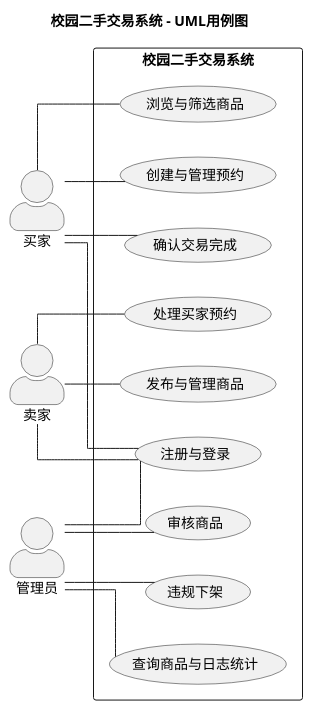
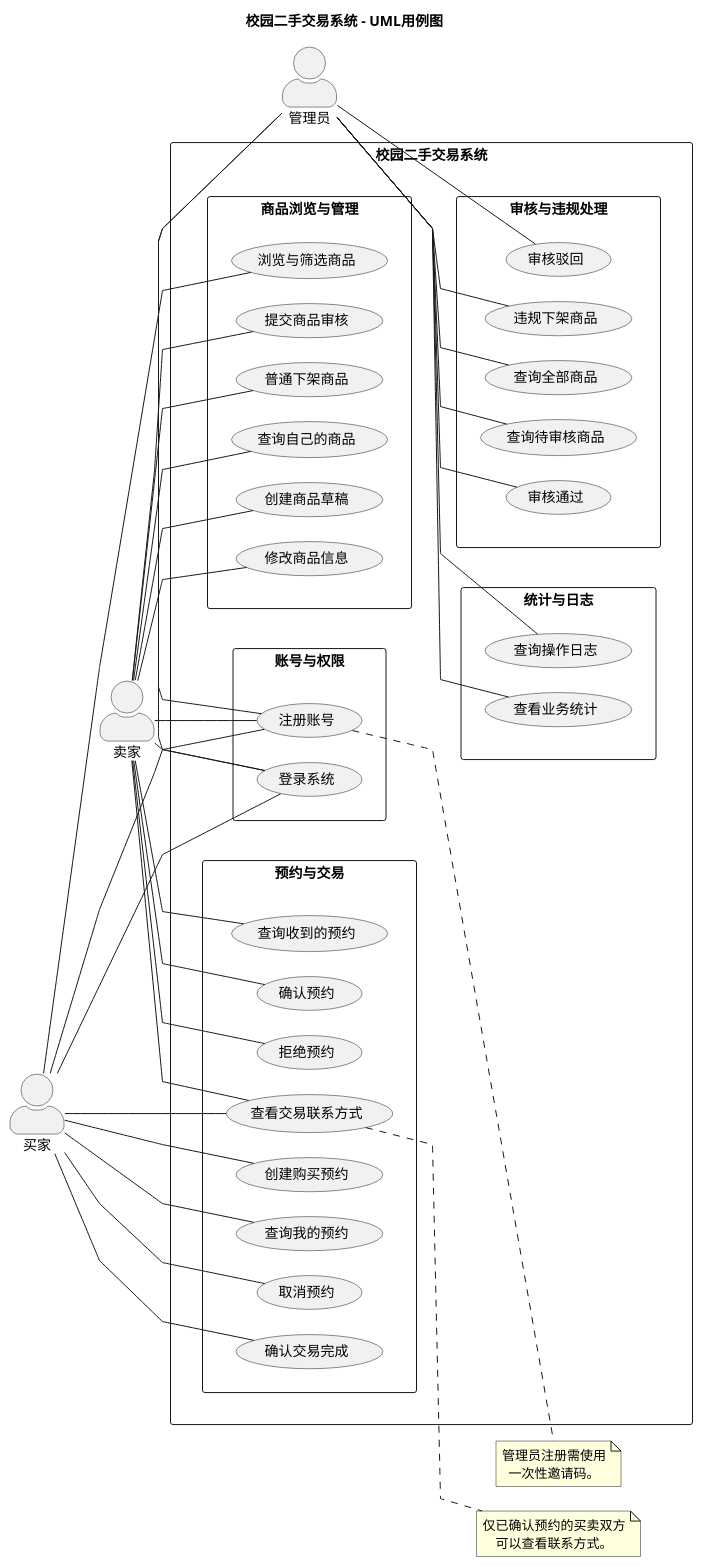
The diagram in 实验二/UML/UML用例图.puml (yry1030/software-engineering), drawn with PlantUML before and after one commit.

Commit message:
AI: generate initial use case diagram

```diff
--- a/实验二/UML/UML用例图.puml
+++ b/实验二/UML/UML用例图.puml
@@ -2,49 +2,124 @@
 @startuml
 title 校园二手交易系统 - UML用例图
 
 left to right direction
 
 skinparam shadowing false
+skinparam linetype polyline
+skinparam packageStyle rectangle
 skinparam actorStyle awesome
-skinparam linetype ortho
-skinparam nodesep 35
-skinparam ranksep 45
+skinparam nodesep 25
+skinparam ranksep 35
+skinparam defaultTextAlignment center
+
+' ========== 参与者 ==========
 
 actor "买家" as Buyer
 actor "卖家" as Seller
 actor "管理员" as Admin
 
+' ========== 系统边界 ==========
+
 rectangle "校园二手交易系统" {
 
-  usecase "注册与登录" as Login
+  rectangle "账号与权限" as AccountGroup {
+    usecase "注册账号" as UC_Register
+    usecase "登录系统" as UC_Login
+  }
 
-  usecase "浏览与筛选商品" as Browse
-  usecase "创建与管理预约" as BuyerReservation
-  usecase "确认交易完成" as Complete
+  rectangle "商品浏览与管理" as ProductGroup {
+    usecase "浏览与筛选商品" as UC_Browse
+    usecase "创建商品草稿" as UC_Create
+    usecase "修改商品信息" as UC_Edit
+    usecase "提交商品审核" as UC_Submit
+    usecase "普通下架商品" as UC_TakeDown
+    usecase "查询自己的商品" as UC_SellerQuery
+  }
 
-  usecase "发布与管理商品" as ProductManage
-  usecase "处理买家预约" as SellerReservation
+  rectangle "预约与交易" as ReservationGroup {
+    usecase "创建购买预约" as UC_Reserve
+    usecase "查询我的预约" as UC_BuyerQuery
+    usecase "查询收到的预约" as UC_SellerReservations
+    usecase "确认预约" as UC_Confirm
+    usecase "拒绝预约" as UC_RejectReservation
+    usecase "取消预约" as UC_Cancel
+    usecase "确认交易完成" as UC_Complete
+    usecase "查看交易联系方式" as UC_Contact
+  }
 
-  usecase "审核商品" as Review
-  usecase "违规下架" as Violation
-  usecase "查询商品与日志统计" as AdminQuery
+  rectangle "审核与违规处理" as ReviewGroup {
+    usecase "查询待审核商品" as UC_Pending
+    usecase "审核通过" as UC_Approve
+    usecase "审核驳回" as UC_RejectReview
+    usecase "违规下架商品" as UC_Violation
+    usecase "查询全部商品" as UC_AdminQuery
+  }
+
+  rectangle "统计与日志" as LogGroup {
+    usecase "查看业务统计" as UC_Statistics
+    usecase "查询操作日志" as UC_Logs
+  }
+
+  ' 引导模块采用较紧凑的排列
+  AccountGroup -[hidden]right- ProductGroup
+  ProductGroup -[hidden]right- ReservationGroup
+  ReviewGroup -[hidden]right- LogGroup
+  AccountGroup -[hidden]down- ReviewGroup
+  ProductGroup -[hidden]down- LogGroup
 }
 
-' 买家
-Buyer -- Login
-Buyer -- Browse
-Buyer -- BuyerReservation
-Buyer -- Complete
+' ========== 买家功能 ==========
 
-' 卖家
-Seller -- Login
-Seller -- ProductManage
-Seller -- SellerReservation
+Buyer -- UC_Register
+Buyer -- UC_Login
+Buyer -- UC_Browse
+Buyer -- UC_Reserve
+Buyer -- UC_BuyerQuery
+Buyer -- UC_Cancel
+Buyer -- UC_Complete
+Buyer -- UC_Contact
 
-' 管理员
-Admin -- Login
-Admin -- Review
-Admin -- Violation
-Admin -- AdminQuery
+' ========== 卖家功能 ==========
+
+Seller -- UC_Register
+Seller -- UC_Login
+Seller -- UC_Create
+Seller -- UC_Edit
+Seller -- UC_Submit
+Seller -- UC_TakeDown
+Seller -- UC_SellerQuery
+Seller -- UC_SellerReservations
+Seller -- UC_Confirm
+Seller -- UC_RejectReservation
+Seller -- UC_Contact
+
+' ========== 管理员功能 ==========
+
+Admin -- UC_Register
+Admin -- UC_Login
+Admin -- UC_Pending
+Admin -- UC_Approve
+Admin -- UC_RejectReview
+Admin -- UC_Violation
+Admin -- UC_AdminQuery
+Admin -- UC_Statistics
+Admin -- UC_Logs
+
+' ========== 角色布局 ==========
+
+Buyer -[hidden]down- Seller
+Seller -[hidden]down- Admin
+
+' ========== 关键业务约束 ==========
+
+note right of UC_Register
+  管理员注册需使用
+  一次性邀请码。
+end note
+
+note right of UC_Contact
+  仅已确认预约的买卖双方
+  可以查看联系方式。
+end note
 
 @enduml
```
